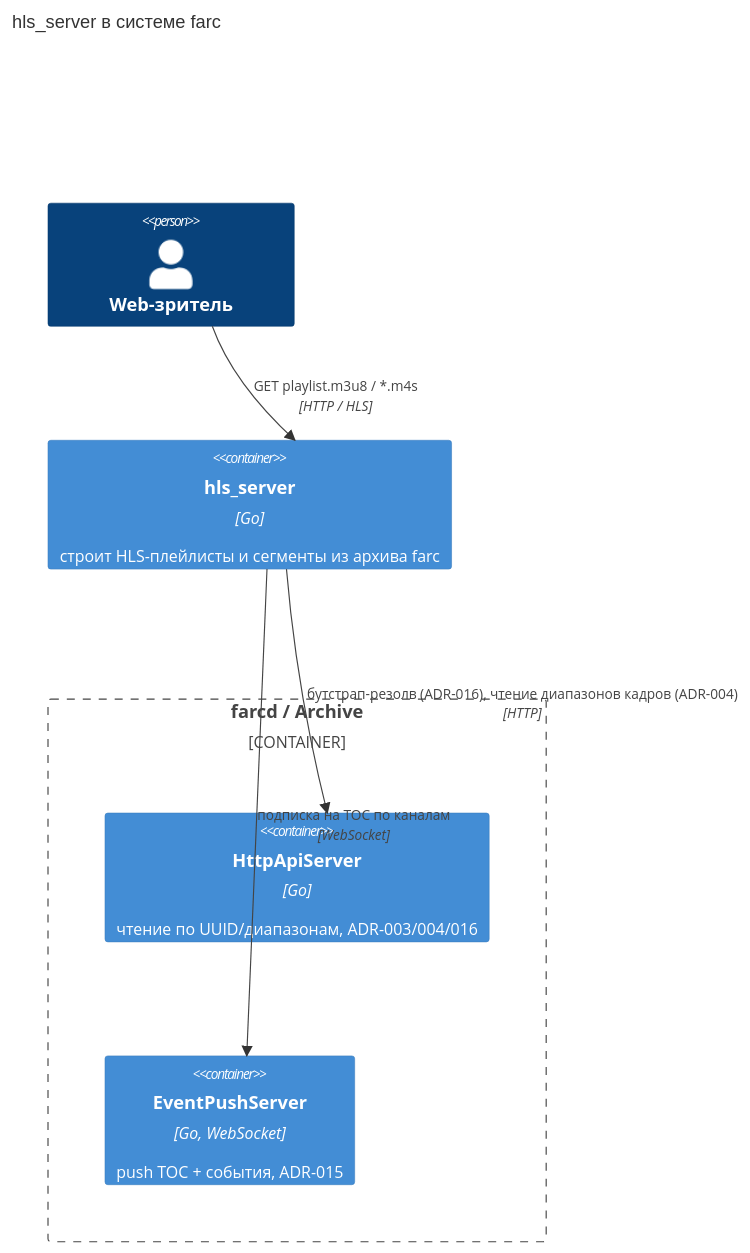
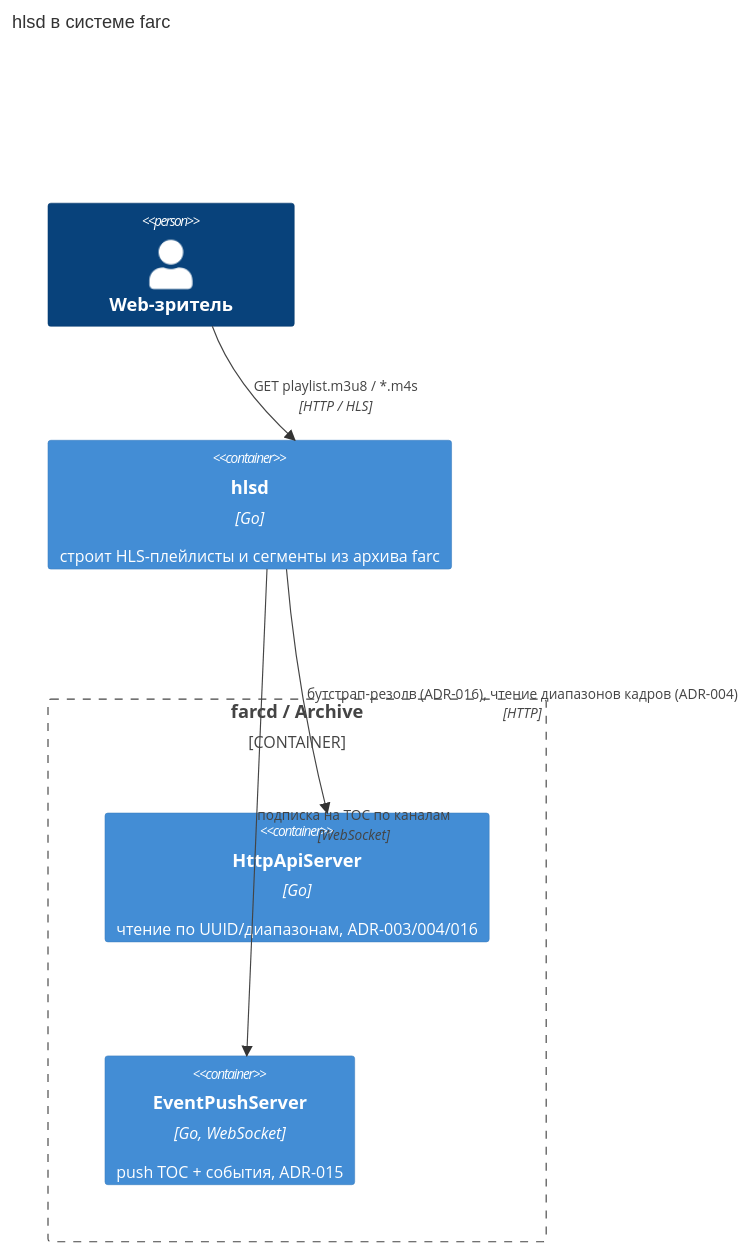
One commit to traycers/farc changed the first of 5 diagrams in docs/docs/archive/12-hls-server.md. Above: the diagram before and after it, drawn with Mermaid. The commit also changed other lines of this file and 105 other files, not shown here.

````diff
--- a/docs/docs/archive/12-hls-server.md
+++ b/docs/docs/archive/12-hls-server.md
@@ -104,17 +104,17 @@
 ```mermaid
 C4Container
-    title hls_server в системе farc
+    title hlsd в системе farc
 
     Person(viewer, "Web-зритель")
 
     Container_Boundary(farc, "farcd / Archive") {
         Container(api, "HttpApiServer", "Go", "чтение по UUID/диапазонам, ADR-003/004/016")
         Container(push, "EventPushServer", "Go, WebSocket", "push TOC + события, ADR-015")
     }
 
-    Container(hls, "hls_server", "Go", "строит HLS-плейлисты и сегменты из архива farc")
+    Container(hls, "hlsd", "Go", "строит HLS-плейлисты и сегменты из архива farc")
 
     Rel(hls, push, "подписка на TOC по каналам", "WebSocket")
     Rel(hls, api, "бутстрап-резолв (ADR-016), чтение диапазонов кадров (ADR-004)", "HTTP")
     Rel(viewer, hls, "GET playlist.m3u8 / *.m4s", "HTTP / HLS")
 ```
````
